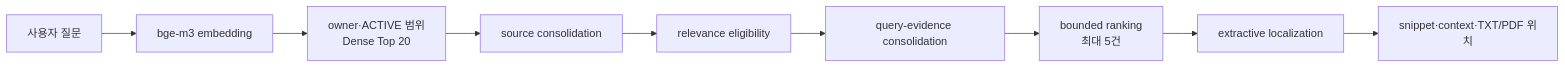
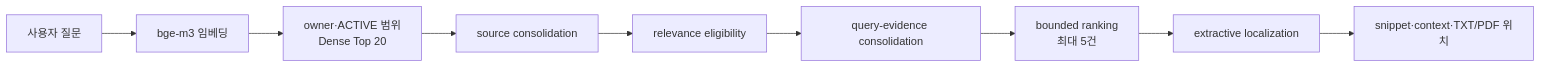
Before and after one commit to jaemin-devlog/PRIZM: the fourth of 8 diagrams in docs/architecture.md, drawn with Mermaid. The commit also changed other lines of this file and 10 other files, not shown here.

````diff
--- a/docs/architecture.md
+++ b/docs/architecture.md
@@ -234,11 +236,11 @@
 ```mermaid
 flowchart LR
-    Q[사용자 질문] --> E[bge-m3 embedding]
+    Q[사용자 질문] --> E[bge-m3 임베딩]
     E --> D[owner·ACTIVE 범위<br/>Dense Top 20]
     D --> S[source consolidation]
     S --> C[relevance eligibility]
     C --> G[query-evidence consolidation]
     G --> R[bounded ranking<br/>최대 5건]
     R --> L[extractive localization]
     L --> A[snippet·context·TXT/PDF 위치]
 ```
````
